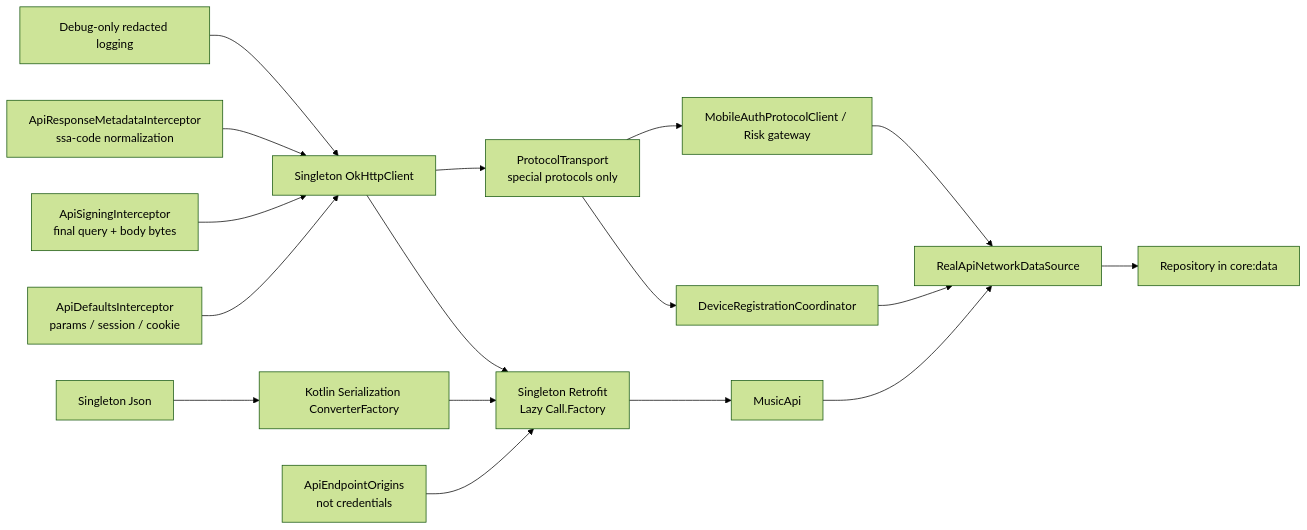
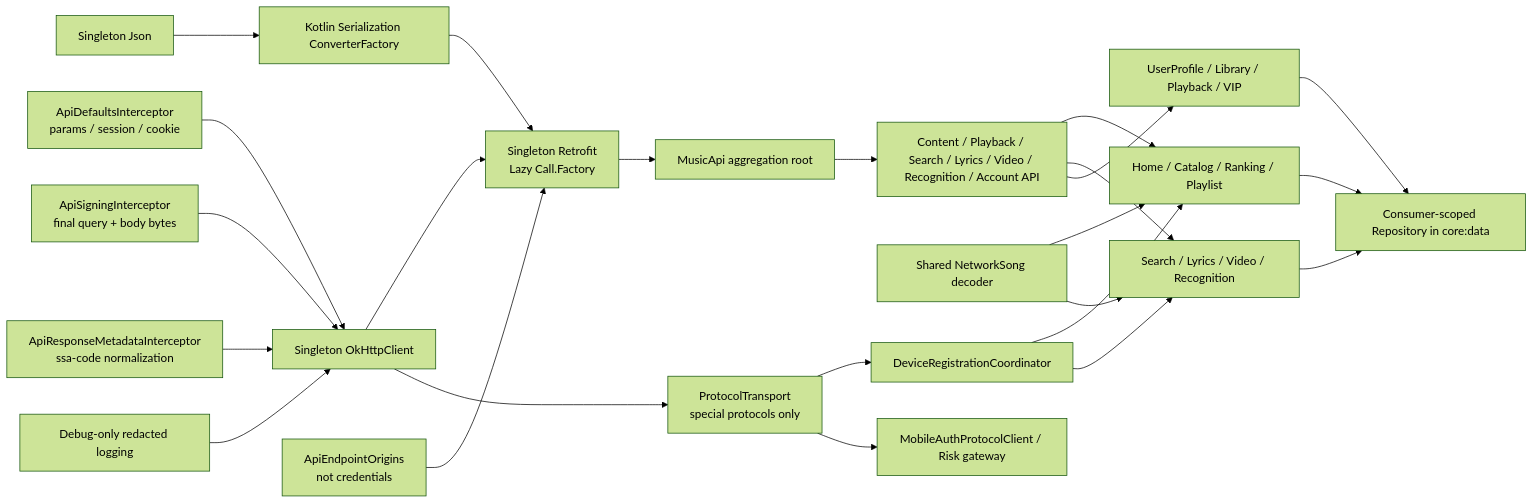
One commit to JamesGZM/Resonote changed the third of 3 diagrams in docs/ARCHITECTURE.md. Above: the diagram before and after it, drawn with Mermaid (forest theme). The commit also changed other lines of this file and 139 other files, not shown here.

Commit message:
feat: migrate mobile API surface and authentication

````diff
--- a/docs/ARCHITECTURE.md
+++ b/docs/ARCHITECTURE.md
@@ -541,19 +541,26 @@
 ```mermaid
 flowchart LR
     json["Singleton Json"] --> converter["Kotlin Serialization ConverterFactory"]
     defaults["ApiDefaultsInterceptor<br/>params / session / cookie"] --> client["Singleton OkHttpClient"]
     signing["ApiSigningInterceptor<br/>final query + body bytes"] --> client
     riskMetadata["ApiResponseMetadataInterceptor<br/>ssa-code normalization"] --> client
     logging["Debug-only redacted logging"] --> client
     client --> retrofit["Singleton Retrofit<br/>Lazy Call.Factory"]
     client --> raw["ProtocolTransport<br/>special protocols only"]
     converter --> retrofit
     origins["ApiEndpointOrigins<br/>not credentials"] --> retrofit
-    retrofit --> api["MusicApi"]
-    api --> source["RealApiNetworkDataSource"]
+    retrofit --> api["MusicApi aggregation root"]
+    api --> protocolApis["Content / Playback / Search / Lyrics / Video / Recognition / Account API"]
+    protocolApis --> contentSources["Home / Catalog / Ranking / Playlist"]
+    protocolApis --> searchSources["Search / Lyrics / Video / Recognition"]
+    protocolApis --> accountSources["UserProfile / Library / Playback / VIP"]
+    decoder["Shared NetworkSong decoder"] --> contentSources
+    decoder --> searchSources
     raw --> registration["DeviceRegistrationCoordinator"]
     raw --> mobileAuth["MobileAuthProtocolClient / Risk gateway"]
-    registration --> source
-    mobileAuth --> source
-    source --> repository["Repository in core:data"]
+    registration --> contentSources
+    registration --> searchSources
+    contentSources --> repository["Consumer-scoped Repository in core:data"]
+    searchSources --> repository
+    accountSources --> repository
 ```
````
